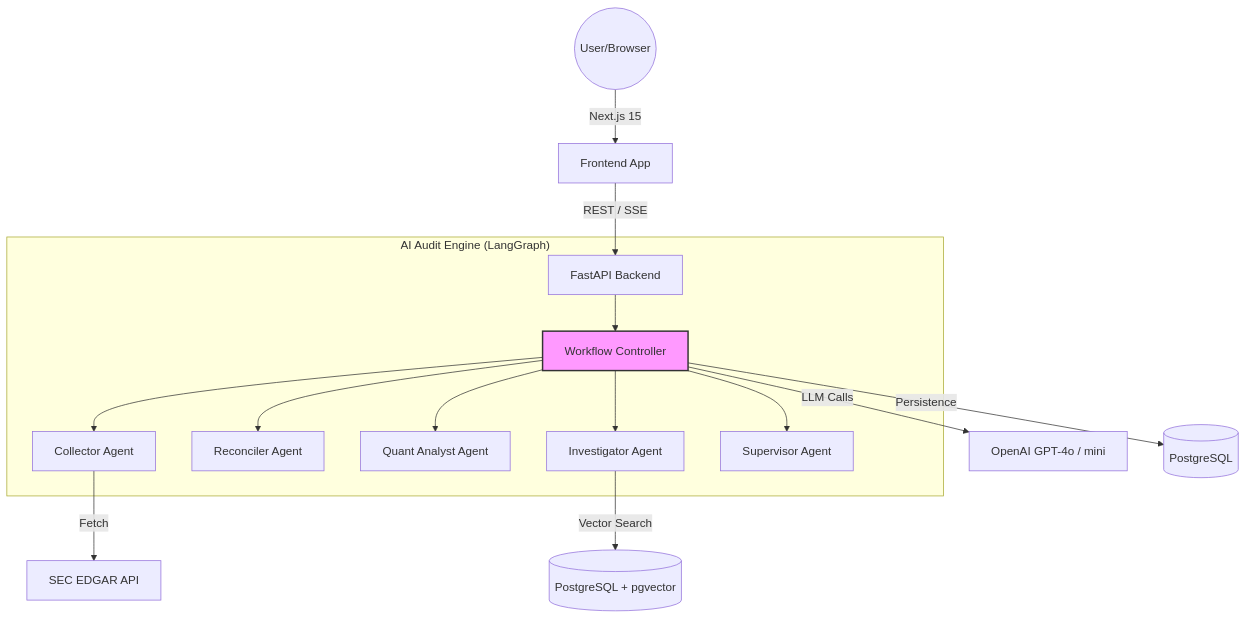
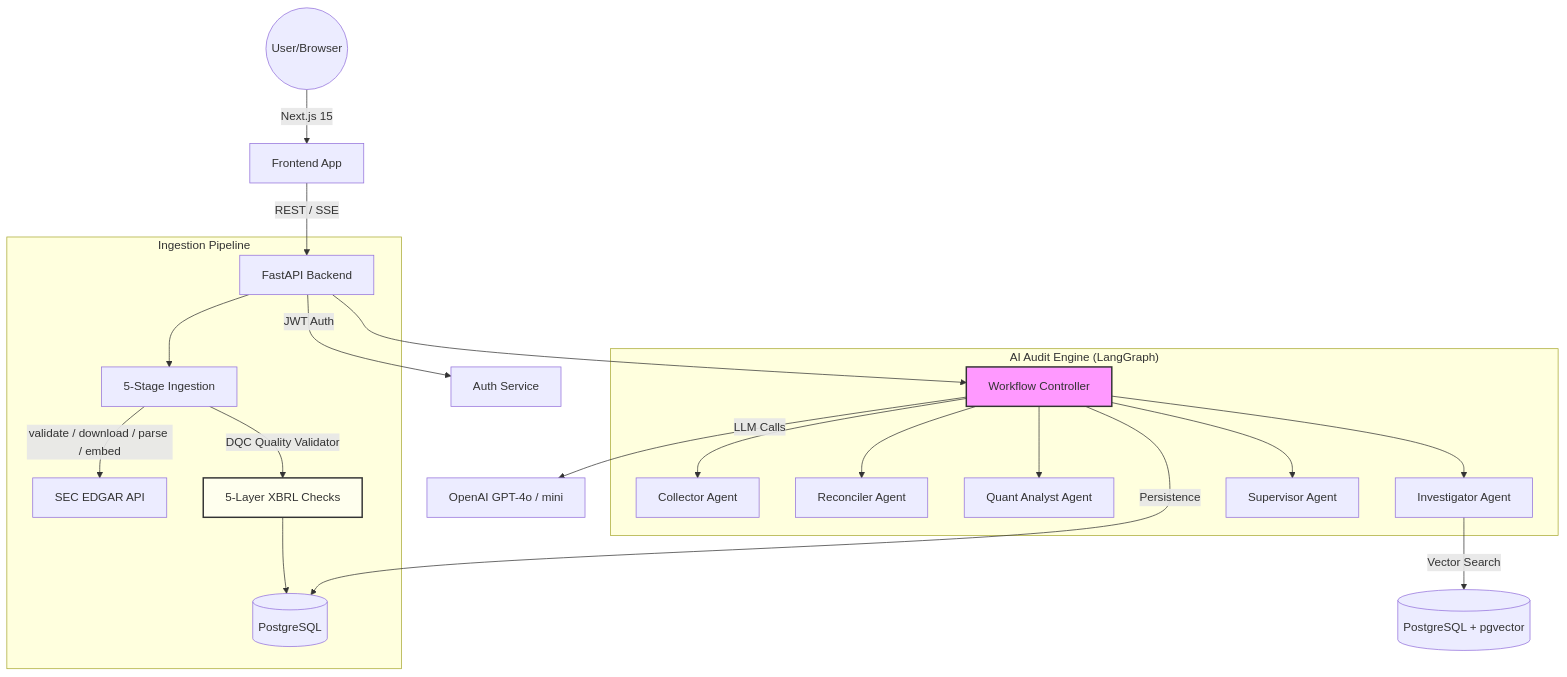
Before and after one commit to leopbar/auditchain: the diagram in README.md, drawn with Mermaid. The commit also changed other lines of this file, not shown here.

````diff
--- a/README.md
+++ b/README.md
@@ -59,21 +65,29 @@
 ```mermaid
 graph TD
     User((User/Browser)) -->|Next.js 15| FE[Frontend App]
     FE -->|REST / SSE| API[FastAPI Backend]
-    
+    API -->|JWT Auth| Auth[Auth Service]
+
+    subgraph "Ingestion Pipeline"
+        API --> ING[5-Stage Ingestion]
+        ING -->|validate / download / parse / embed| SEC[SEC EDGAR API]
+        ING -->|DQC Quality Validator| DQC[5-Layer XBRL Checks]
+        DQC --> DB[(PostgreSQL)]
+    end
+
     subgraph "AI Audit Engine (LangGraph)"
         API --> LG[Workflow Controller]
         LG --> Collector[Collector Agent]
         LG --> Reconciler[Reconciler Agent]
         LG --> Quant[Quant Analyst Agent]
         LG --> Investigator[Investigator Agent]
         LG --> Supervisor[Supervisor Agent]
     end
-    
-    Collector -->|Fetch| SEC[SEC EDGAR API]
+
     Investigator -->|Vector Search| PGV[(PostgreSQL + pgvector)]
     LG -->|LLM Calls| OAI[OpenAI GPT-4o / mini]
-    LG -->|Persistence| DB[(PostgreSQL)]
+    LG -->|Persistence| DB
 
     style LG fill:#f9f,stroke:#333,stroke-width:2px
+    style DQC fill:#ffe,stroke:#333,stroke-width:2px
 ```
````
